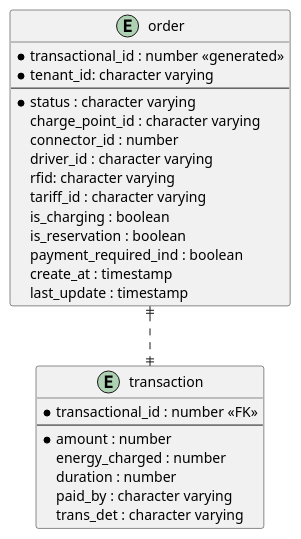
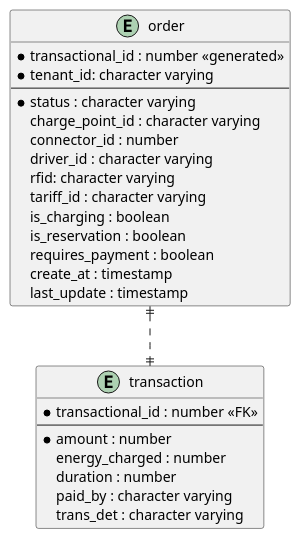
One commit to Chen-Xueer/ms_order_service changed the diagram in resource/ms_ev_driver_management.pu. Above: the diagram before and after it, drawn with PlantUML. The commit also changed 2719 other files, not shown here.

```diff
--- a/resource/ms_ev_driver_management.pu
+++ b/resource/ms_ev_driver_management.pu
@@ -1,39 +1,39 @@
 @startuml
 ' hide the spot
 ' hide circle
 
 ' avoid problems with angled crows feet
 skinparam linetype ortho
 
 
 entity "order" as order {
     *transactional_id : number <<generated>>
     *tenant_id: character varying
     --
     *status : character varying
     charge_point_id : character varying
     connector_id : number
     driver_id : character varying
     rfid: character varying
     tariff_id : character varying
     is_charging : boolean
     is_reservation : boolean
-    payment_required_ind : boolean
+    requires_payment : boolean
     create_at : timestamp
     last_update : timestamp
 }
 
 entity "transaction" as transaction {
     *transactional_id : number <<FK>>
     --
     *amount : number
     energy_charged : number
     duration : number
     paid_by : character varying
     trans_det : character varying
 }
 
 
 order ||..|| transaction
 
 @enduml
```
